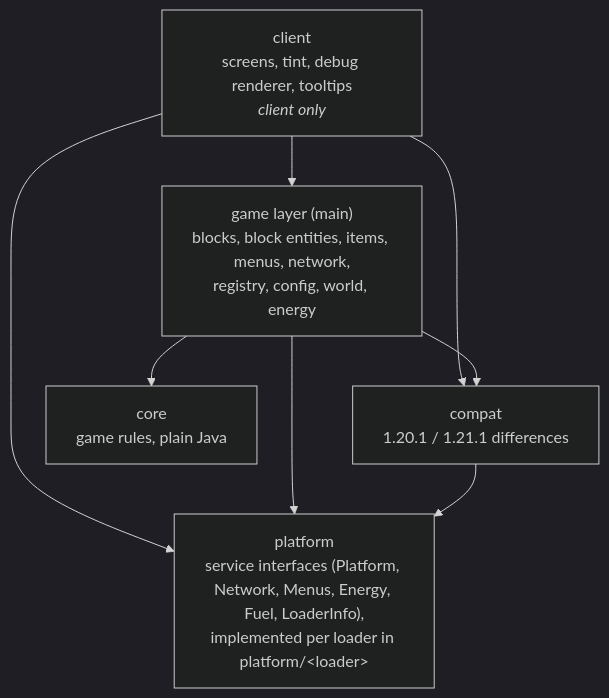
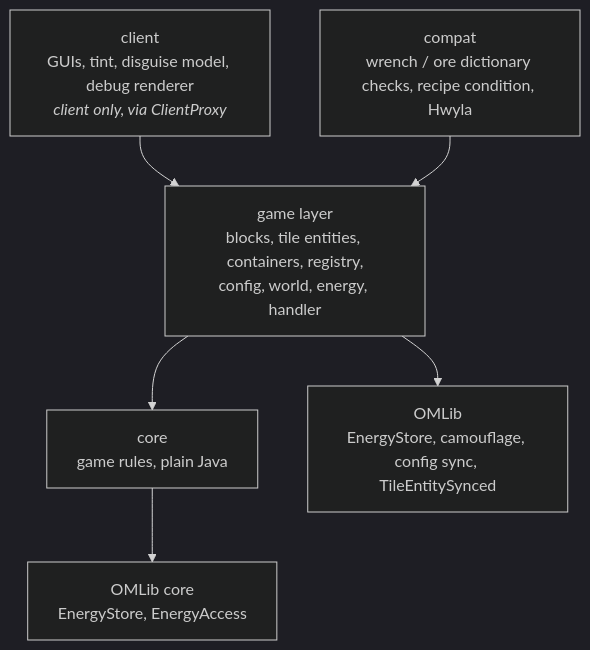
The first of 2 diagrams in docs/architecture.md (OpenModularTurretsTeam/OpenModularLighting), drawn with Mermaid (dark theme) before and after one commit. The commit also changed other lines of this file, not shown here.

Commit message:
docs: architecture.md for OML 1.12 (replaces the 1.20.1+ copy)

````diff
--- a/docs/architecture.md
+++ b/docs/architecture.md
@@ -21,15 +23,13 @@
 ```mermaid
 flowchart TB
-    client["client<br/>screens, tint, debug renderer, tooltips<br/><i>client only</i>"]
-    game["game layer (main)<br/>blocks, block entities, items, menus, network,<br/>registry, config, world, energy"]
-    compat["compat<br/>1.20.1 / 1.21.1 differences"]
-    platform["platform<br/>service interfaces (Platform, Network, Menus, Energy, Fuel, LoaderInfo),<br/>implemented per loader in platform/&lt;loader&gt;"]
+    client["client<br/>GUIs, tint, disguise model, debug renderer<br/><i>client only, via ClientProxy</i>"]
+    game["game layer<br/>blocks, tile entities, containers, registry,<br/>config, world, energy, handler"]
+    compat["compat<br/>wrench / ore dictionary checks, recipe condition, Hwyla"]
     core["core<br/>game rules, plain Java"]
+    omlib["OMLib<br/>EnergyStore, camouflage, config sync, TileEntitySynced"]
     client --> game
-    client --> compat
-    client --> platform
-    game --> compat
-    game --> platform
+    compat --> game
     game --> core
-    compat --> platform
+    game --> omlib
+    core --> omlibcore["OMLib core<br/>EnergyStore, EnergyAccess"]
 ```
````
